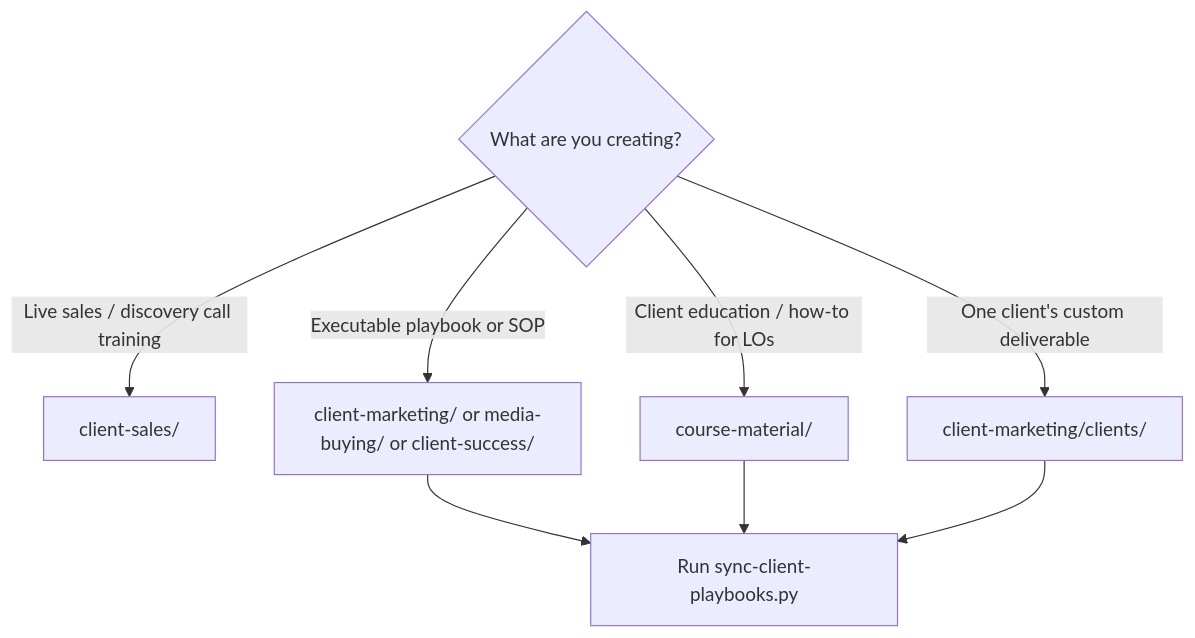
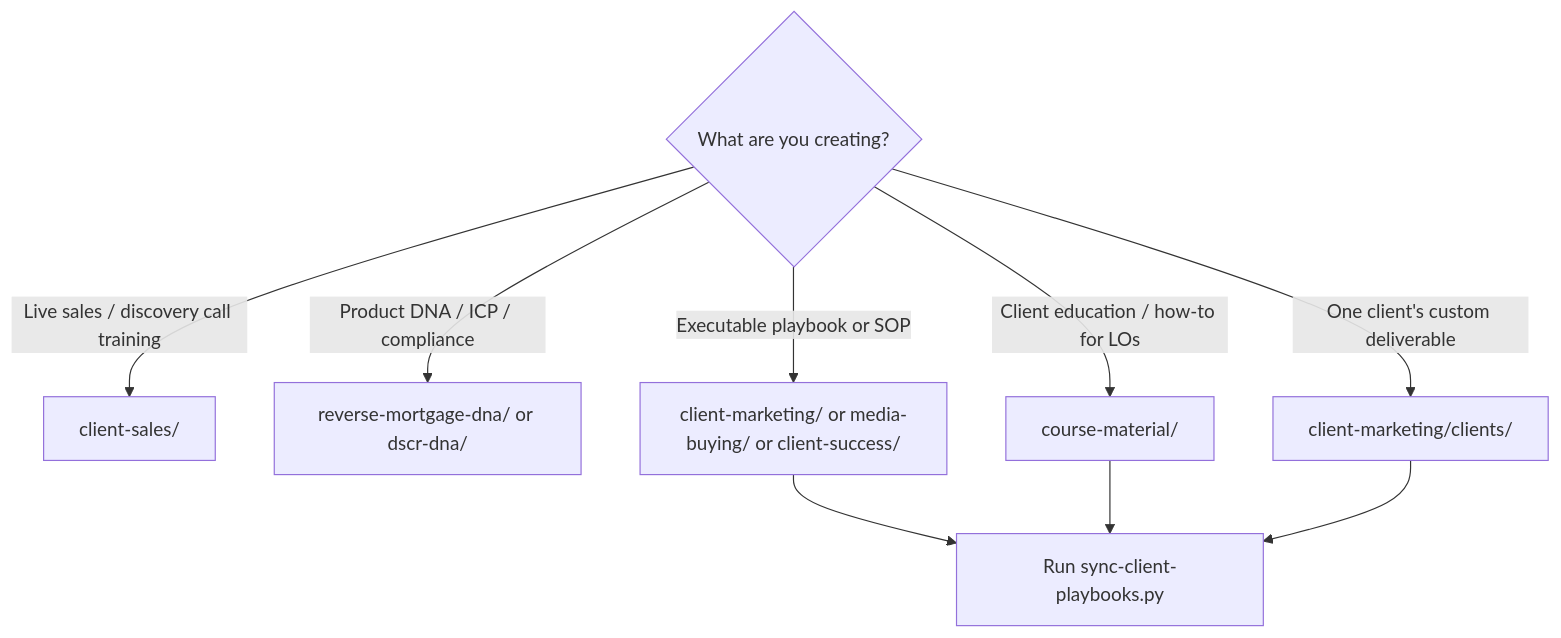
One commit to gwadawg/Wm-os changed the diagram in docs/client-fulfillment/client-playbooks/README.md. Above: the diagram before and after it, drawn with Mermaid. The commit also changed other lines of this file and 14 other files, not shown here.

````diff
--- a/docs/client-fulfillment/client-playbooks/README.md
+++ b/docs/client-fulfillment/client-playbooks/README.md
@@ -32,11 +32,12 @@
 ```mermaid
 flowchart TD
   Q{What are you creating?}
   Q -->|Live sales / discovery call training| CSAL[client-sales/]
+  Q -->|Product DNA / ICP / compliance| DNA[reverse-mortgage-dna/ or dscr-dna/]
   Q -->|Executable playbook or SOP| CAN[client-marketing/ or media-buying/ or client-success/]
   Q -->|Client education / how-to for LOs| CM[course-material/]
   Q -->|One client's custom deliverable| CI[client-marketing/clients/]
   CAN --> SYNC[Run sync-client-playbooks.py]
   CM --> SYNC
   CI --> SYNC
 ```
````
